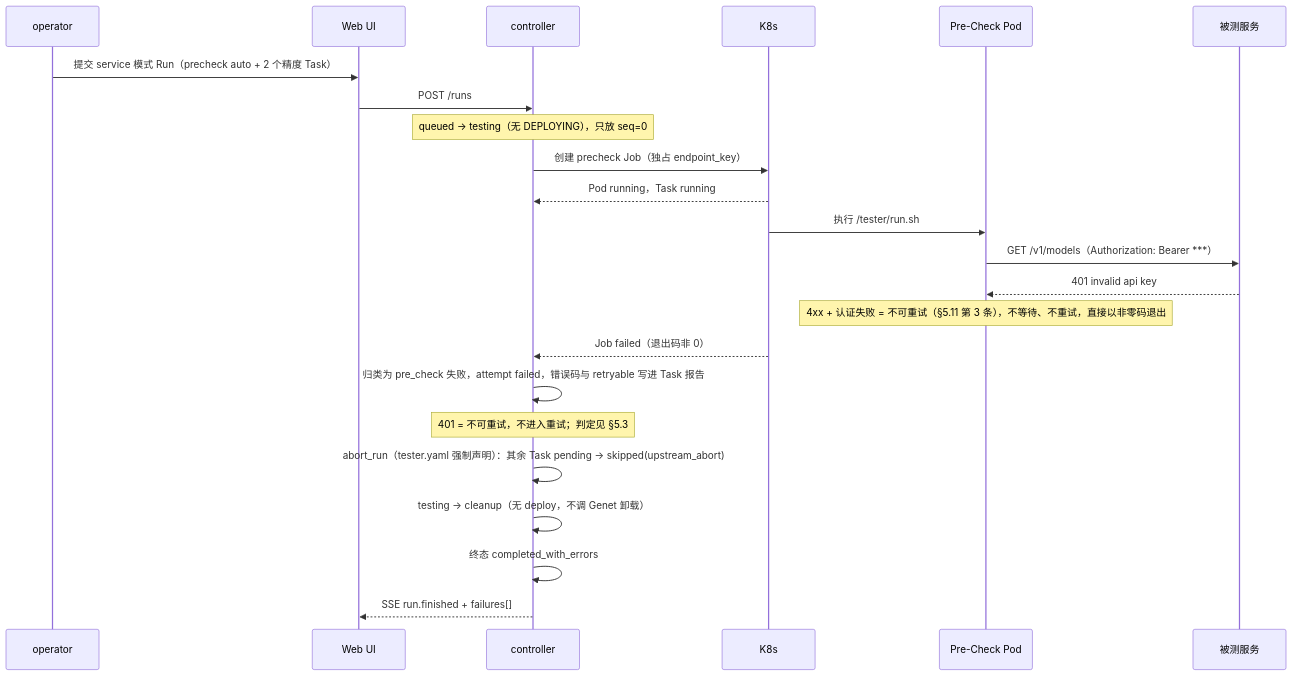
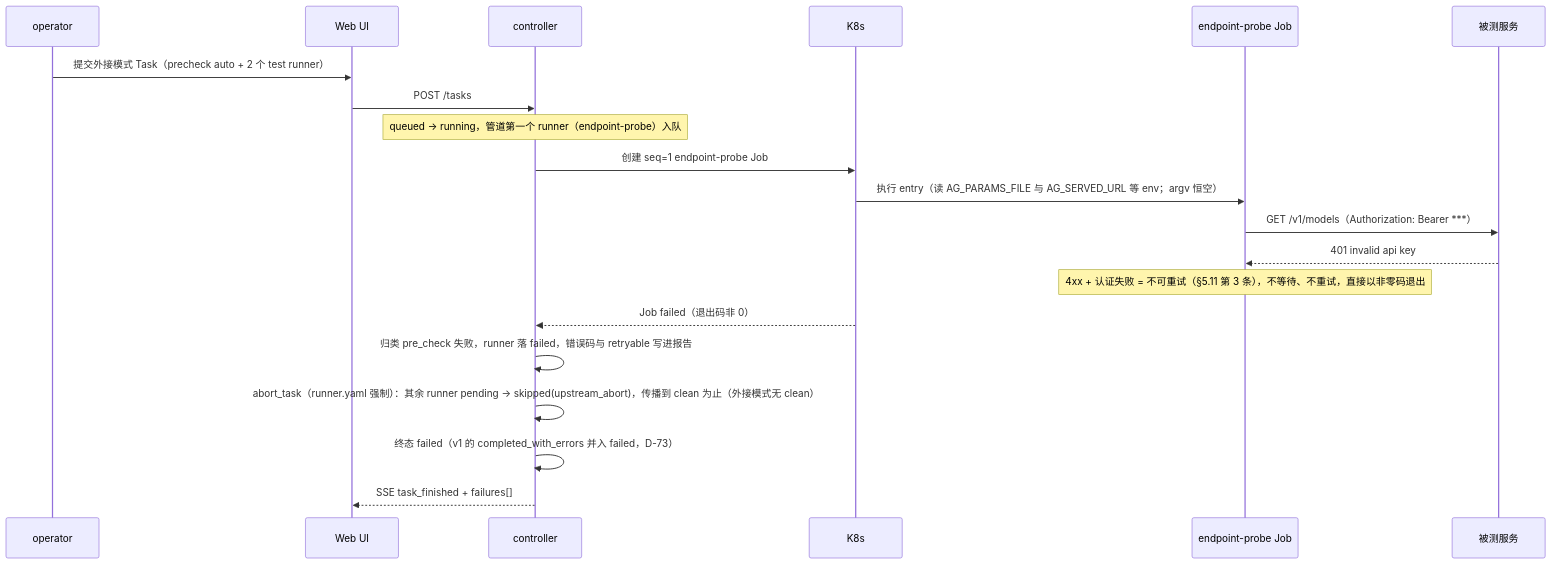
Before and after one commit to ucm-system/testplane: the second of 2 diagrams in design/views/01-use-case-view.md, drawn with Mermaid. The commit also changed other lines of this file and 471 other files, not shown here.

````diff
--- a/design/views/01-use-case-view.md
+++ b/design/views/01-use-case-view.md
@@ -178,26 +172,23 @@
 ```mermaid
 sequenceDiagram
     participant U as operator
     participant W as Web UI
     participant C as controller
     participant K as K8s
-    participant T as Pre-Check Pod
+    participant T as endpoint-probe Job
     participant S as 被测服务
 
-    U->>W: 提交 service 模式 Run（precheck auto + 2 个精度 Task）
-    W->>C: POST /runs
-    Note over C: queued → testing（无 DEPLOYING），只放 seq=0
-    C->>K: 创建 precheck Job（独占 endpoint_key）
-    K-->>C: Pod running，Task running
-    K->>T: 执行 /tester/run.sh
+    U->>W: 提交外接模式 Task（precheck auto + 2 个 test runner）
+    W->>C: POST /tasks
+    Note over C: queued → running，管道第一个 runner（endpoint-probe）入队
+    C->>K: 创建 seq=1 endpoint-probe Job
+    K->>T: 执行 entry（读 AG_PARAMS_FILE 与 AG_SERVED_URL 等 env；argv 恒空）
     T->>S: GET /v1/models（Authorization: Bearer ***）
     S-->>T: 401 invalid api key
     Note over T: 4xx + 认证失败 = 不可重试（§5.11 第 3 条），不等待、不重试，直接以非零码退出
     K-->>C: Job failed（退出码非 0）
-    C->>C: 归类为 pre_check 失败，attempt failed，错误码与 retryable 写进 Task 报告
-    Note over C: 401 = 不可重试，不进入重试；判定见 §5.3
-    C->>C: abort_run（tester.yaml 强制声明）：其余 Task pending → skipped(upstream_abort)
-    C->>C: testing → cleanup（无 deploy，不调 Genet 卸载）
-    C->>C: 终态 completed_with_errors
-    C-->>W: SSE run.finished + failures[]
+    C->>C: 归类 pre_check 失败，runner 落 failed，错误码与 retryable 写进报告
+    C->>C: abort_task（runner.yaml 强制）：其余 runner pending → skipped(upstream_abort)，传播到 clean 为止（外接模式无 clean）
+    C->>C: 终态 failed（v1 的 completed_with_errors 并入 failed，D-73）
+    C-->>W: SSE task_finished + failures[]
 ```
````
